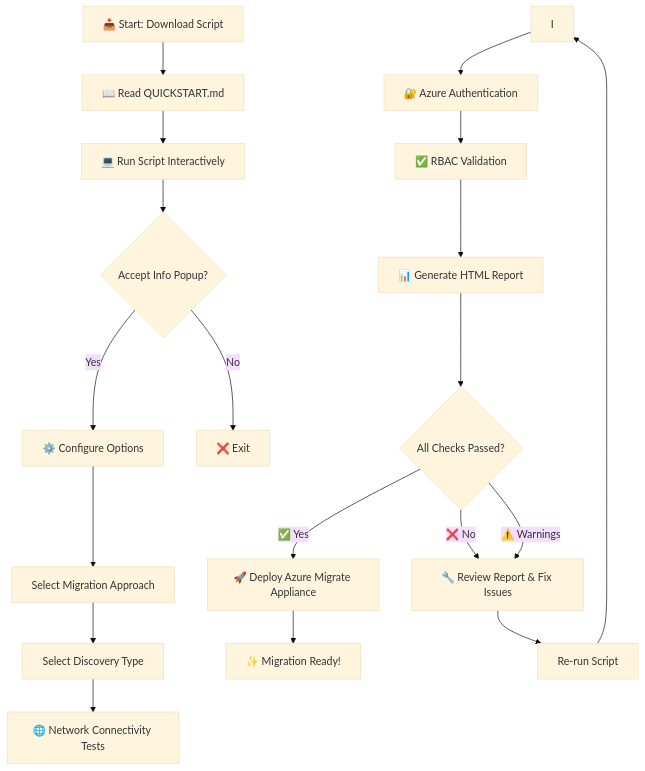
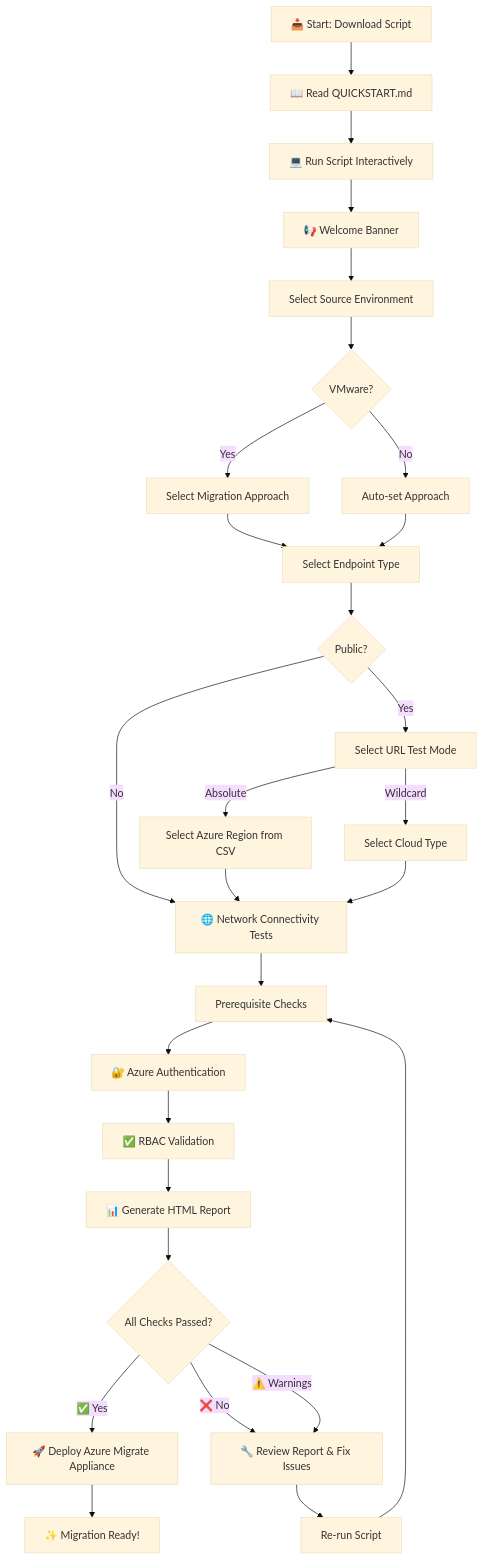
One commit to phaniteluguti/AzureMigrateReadinessCheck changed the diagram in README.md. Above: the diagram before and after it, drawn with Mermaid (base theme). The commit also changed other lines of this file and 4 other files, not shown here.

First line of the commit message:
v3.0: No-module mode, DCF warning filter, DNS fallback for absolute URLs

````diff
--- a/README.md
+++ b/README.md
@@ -149,21 +151,30 @@
 ```mermaid
 flowchart TD
     A[📥 Start: Download Script] --> B[📖 Read QUICKSTART.md]
     B --> C[💻 Run Script Interactively]
-    C --> D{Accept Info Popup?}
-    D -->|Yes| E[⚙️ Configure Options]
-    D -->|No| Z[❌ Exit]
-    E --> F[Select Migration Approach]
-    F --> G[Select Discovery Type]
-    G --> H[🌐 Network Connectivity Tests]
+    C --> D[📢 Welcome Banner]
+    D --> E[Select Source Environment]
+    E --> F{VMware?}
+    F -->|Yes| F1[Select Migration Approach]
+    F -->|No| F2[Auto-set Approach]
+    F1 --> G[Select Endpoint Type]
+    F2 --> G
+    G --> G1{Public?}
+    G1 -->|Yes| G2[Select URL Test Mode]
+    G1 -->|No| H[🌐 Network Connectivity Tests]
+    G2 -->|Absolute| G3[Select Azure Region from CSV]
+    G2 -->|Wildcard| G4[Select Cloud Type]
+    G3 --> H
+    G4 --> H
+    H --> I[Prerequisite Checks]
     I --> J[🔐 Azure Authentication]
     J --> K[✅ RBAC Validation]
     K --> L[📊 Generate HTML Report]
     L --> M{All Checks Passed?}
     M -->|✅ Yes| N[🚀 Deploy Azure Migrate Appliance]
     M -->|❌ No| O[🔧 Review Report & Fix Issues]
     M -->|⚠️ Warnings| O
     O --> P[Re-run Script]
     P --> I
     N --> Q[✨ Migration Ready!]
 ```
````
